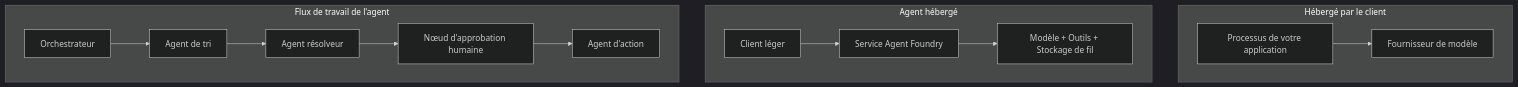
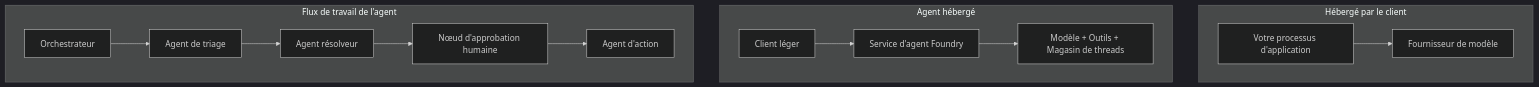
The first of 4 diagrams in mirrors/repos/microsoft@ai-agents-for-beginners/translations/fr/16-deploying-scalable-agents/README.md (gabrielmoreira/agent-skills-mirror), drawn with Mermaid (dark theme) before and after one commit. The commit also changed other lines of this file and 5918 other files, not shown here.

````diff
--- a/mirrors/repos/microsoft@ai-agents-for-beginners/translations/fr/16-deploying-scalable-agents/README.md
+++ b/mirrors/repos/microsoft@ai-agents-for-beginners/translations/fr/16-deploying-scalable-agents/README.md
@@ -87,16 +87,16 @@
 ```mermaid
 flowchart TB
     subgraph P1[Hébergé par le client]
-        A1[Processus de votre application] --> M1[Fournisseur de modèle]
+        A1[Votre processus d'application] --> M1[Fournisseur de modèle]
     end
     subgraph P2[Agent hébergé]
-        A2[Client léger] --> F2[Service Agent Foundry]
-        F2 --> M2[Modèle + Outils + Stockage de fil]
+        A2[Client léger] --> F2[Service d'agent Foundry]
+        F2 --> M2[Modèle + Outils + Magasin de threads]
     end
     subgraph P3[Flux de travail de l'agent]
-        A3[Orchestrateur] --> S1[Agent de tri]
+        A3[Orchestrateur] --> S1[Agent de triage]
         S1 --> S2[Agent résolveur]
         S2 --> H[Nœud d'approbation humaine]
         H --> S3[Agent d'action]
     end
 ```
````
